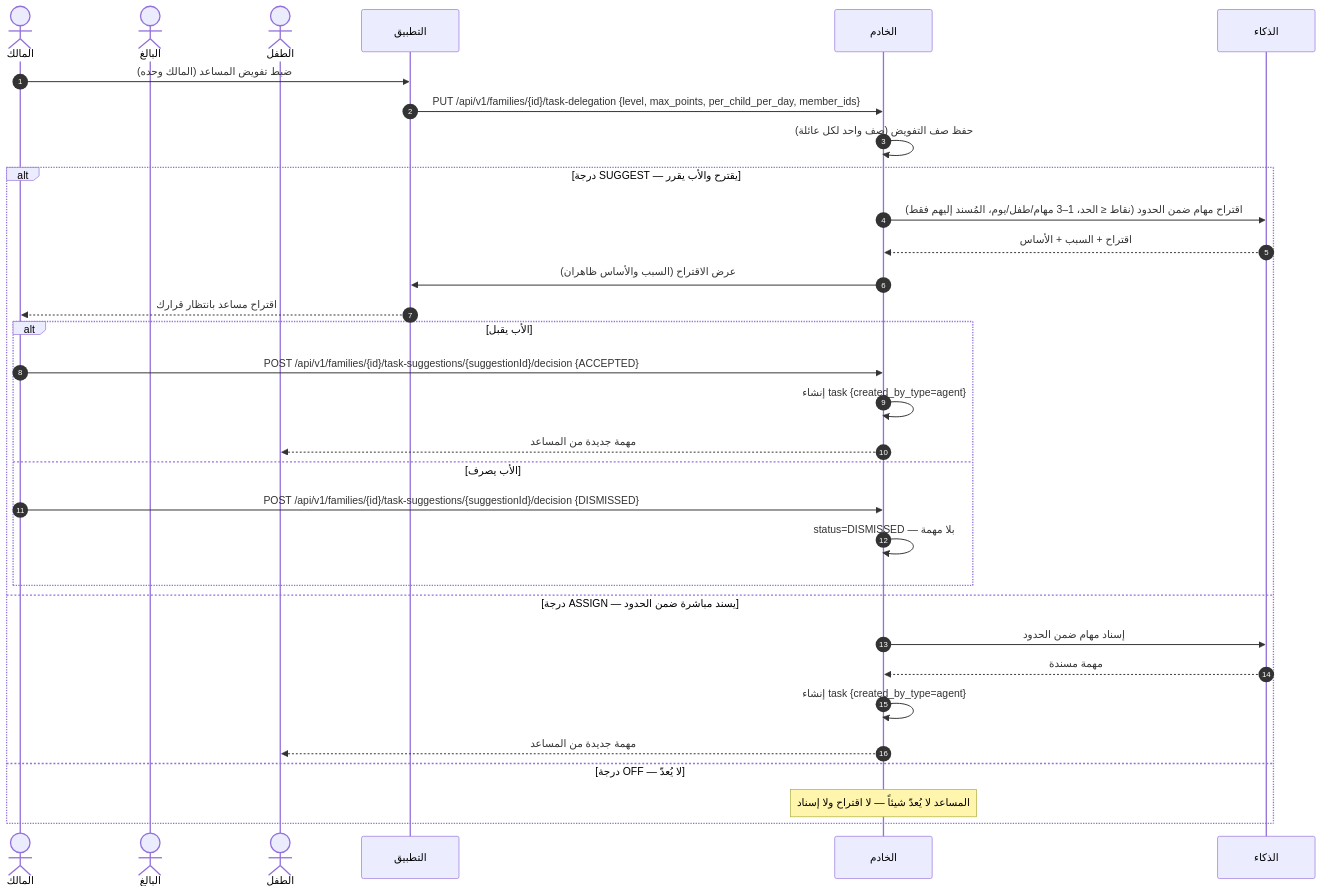
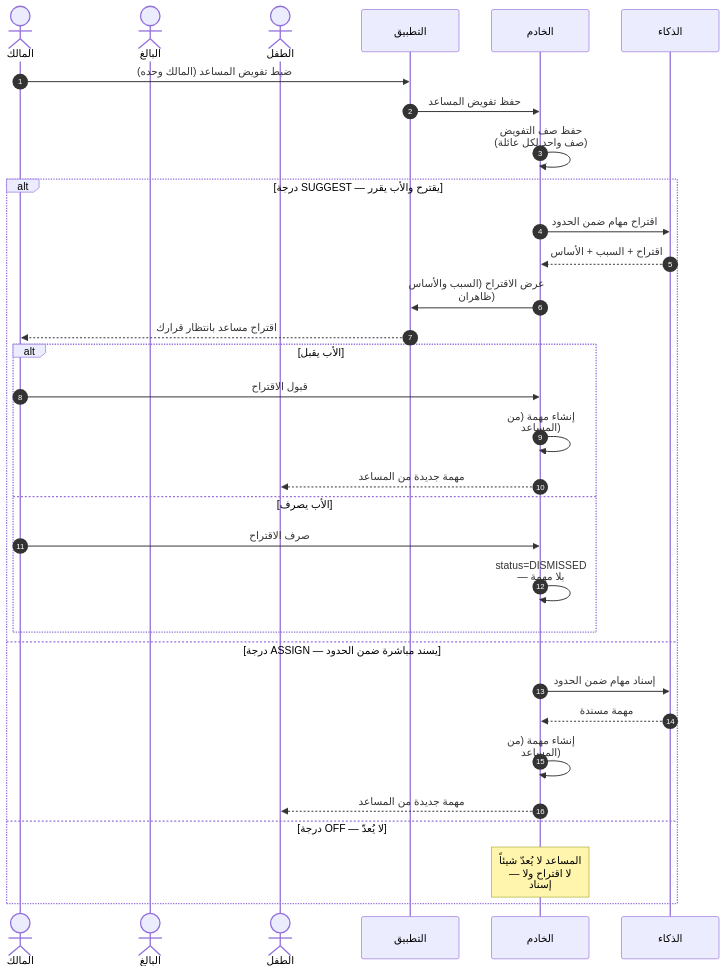
One commit to Bassam-mohammed-alqaeadi/family-os-v2 changed diagram 17 of 30 in docs/family-os/governance/phases/phase-1/S1-06-tasks-and-calendar/DIAGRAMS.md. Above: the diagram before and after it, drawn with Mermaid. The commit also changed other lines of this file, not shown here.

Commit message:
شكل 2 (Q-438): S1-06 — تقسيم §1 و§5 و§6 والتفاف التسلسلات؛ 119 مخالفة ← 0 و14 فوق الحد ← 0

````diff
--- a/docs/family-os/governance/phases/phase-1/S1-06-tasks-and-calendar/DIAGRAMS.md
+++ b/docs/family-os/governance/phases/phase-1/S1-06-tasks-and-calendar/DIAGRAMS.md
@@ -521,34 +625,35 @@
 ```mermaid
+%%{init: {"sequence": {"wrap": true}}}%%
 sequenceDiagram
     autonumber
     actor Owner as المالك
     actor Adult as البالغ
     actor Child as الطفل
     participant App as التطبيق
     participant Ktor as الخادم
     participant AI as الذكاء
     Owner->>App: ضبط تفويض المساعد (المالك وحده)
-    App->>Ktor: PUT /api/v1/families/{id}/task-delegation {level, max_points, per_child_per_day, member_ids}
+    App->>Ktor: حفظ تفويض المساعد
     Ktor->>Ktor: حفظ صف التفويض (صف واحد لكل عائلة)
     alt درجة SUGGEST — يقترح والأب يقرر
-        Ktor->>AI: اقتراح مهام ضمن الحدود (نقاط ≤ الحد، 1–3 مهام/طفل/يوم، المُسند إليهم فقط)
+        Ktor->>AI: اقتراح مهام ضمن الحدود
         AI-->>Ktor: اقتراح + السبب + الأساس
         Ktor->>App: عرض الاقتراح (السبب والأساس ظاهران)
         App-->>Owner: اقتراح مساعد بانتظار قرارك
         alt الأب يقبل
-            Owner->>Ktor: POST /api/v1/families/{id}/task-suggestions/{suggestionId}/decision {ACCEPTED}
-            Ktor->>Ktor: إنشاء task {created_by_type=agent}
+            Owner->>Ktor: قبول الاقتراح
+            Ktor->>Ktor: إنشاء مهمة (من المساعد)
             Ktor-->>Child: مهمة جديدة من المساعد
         else الأب يصرف
-            Owner->>Ktor: POST /api/v1/families/{id}/task-suggestions/{suggestionId}/decision {DISMISSED}
+            Owner->>Ktor: صرف الاقتراح
             Ktor->>Ktor: status=DISMISSED — بلا مهمة
         end
     else درجة ASSIGN — يسند مباشرة ضمن الحدود
         Ktor->>AI: إسناد مهام ضمن الحدود
         AI-->>Ktor: مهمة مسندة
-        Ktor->>Ktor: إنشاء task {created_by_type=agent}
+        Ktor->>Ktor: إنشاء مهمة (من المساعد)
         Ktor-->>Child: مهمة جديدة من المساعد
     else درجة OFF — لا يُعدّ
         Note over Ktor: المساعد لا يُعدّ شيئاً — لا اقتراح ولا إسناد
     end
 ```
````
